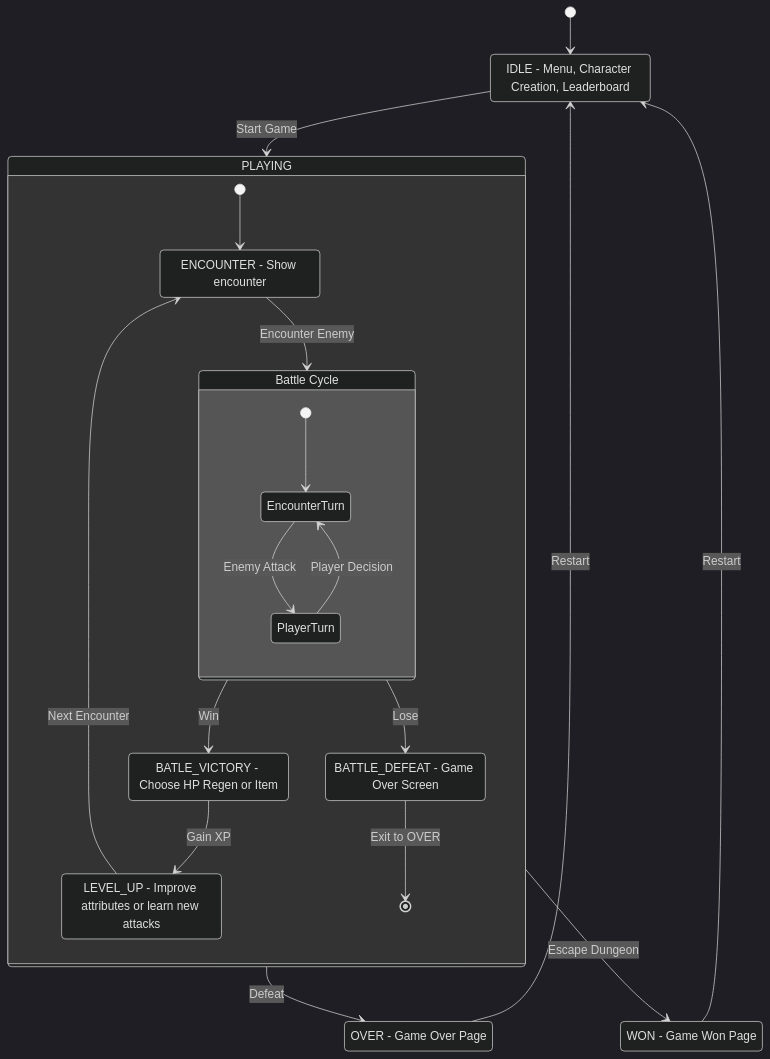
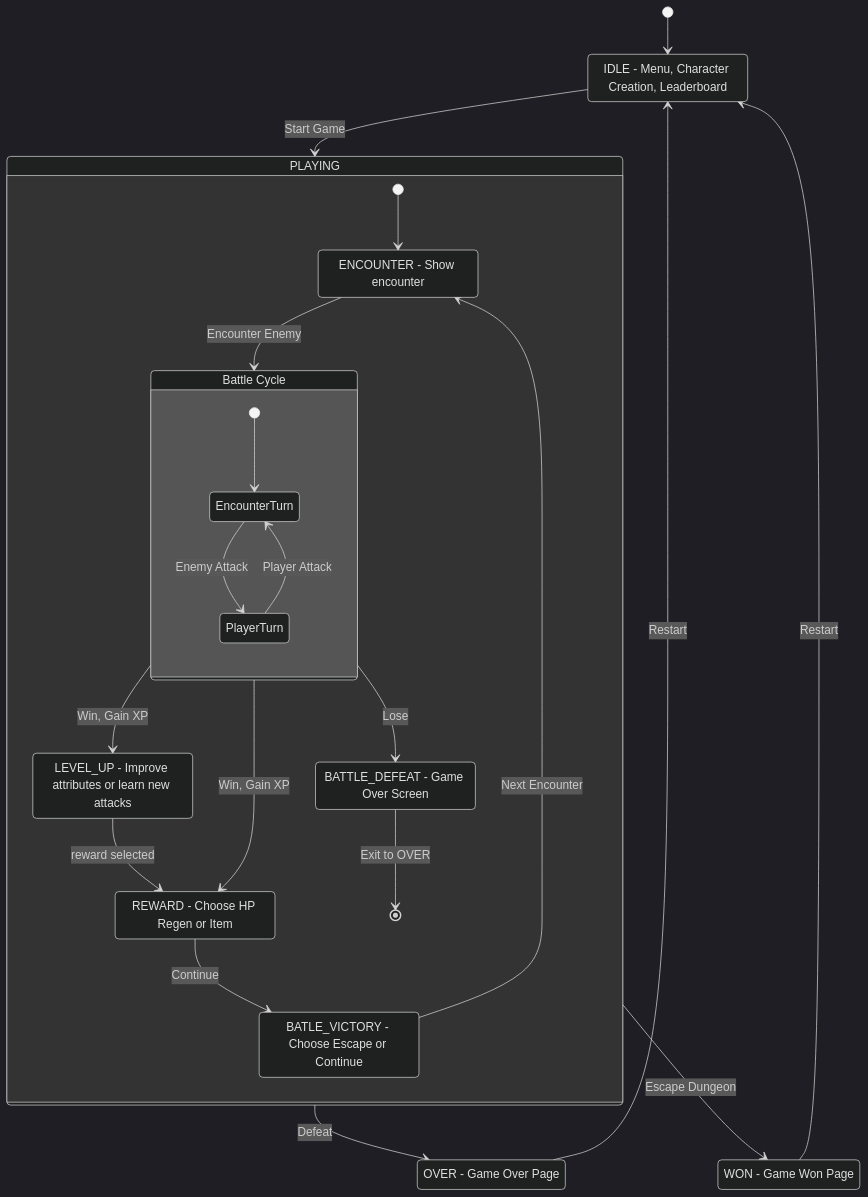
One commit to yungxramoz/eternal-depths changed the diagram in docs/assets/diagrams/game-cycle.md. Above: the diagram before and after it, drawn with Mermaid (dark theme). The commit also changed 4 other files, not shown here.

````diff
--- a/docs/assets/diagrams/game-cycle.md
+++ b/docs/assets/diagrams/game-cycle.md
@@ -1,35 +1,38 @@
 ```mermaid
 stateDiagram-v2
     [*] --> Idle
     Idle --> PLAYING: Start Game
     PLAYING --> Over: Defeat
     PLAYING --> Won: Escape Dungeon
     Over --> Idle: Restart
     Won --> Idle: Restart
     
     state PLAYING {
         [*] --> Encounter
         Encounter --> Battle: Encounter Enemy
-        Battle --> BattleVictory: Win
+        Battle --> Reward: Win, Gain XP
         Battle --> BattleDefeat: Lose
-        BattleVictory --> LevelUp: Gain XP
-        LevelUp --> Encounter: Next Encounter
+        Battle --> LevelUp: Win, Gain XP
+        Reward --> BattleVictory: Continue
+        LevelUp --> Reward: reward selected
+        BattleVictory --> Encounter: Next Encounter
         BattleDefeat --> [*]: Exit to OVER
         Battle: Battle Cycle
         
         state Battle {
             [*] --> EncounterTurn
             EncounterTurn --> PlayerTurn: Enemy Attack
-            PlayerTurn --> EncounterTurn: Player Decision
+            PlayerTurn --> EncounterTurn: Player Attack
         }
     }
     
     Idle: IDLE - Menu, Character Creation, Leaderboard
     Over: OVER - Game Over Page
     Won: WON - Game Won Page
     Encounter: ENCOUNTER - Show encounter
-    BattleVictory: BATLE_VICTORY - Choose HP Regen or Item
+    BattleVictory: BATLE_VICTORY - Choose Escape or Continue
     BattleDefeat: BATTLE_DEFEAT - Game Over Screen
     LevelUp: LEVEL_UP - Improve attributes or learn new attacks
+    Reward: REWARD - Choose HP Regen or Item
 
 ```
````
